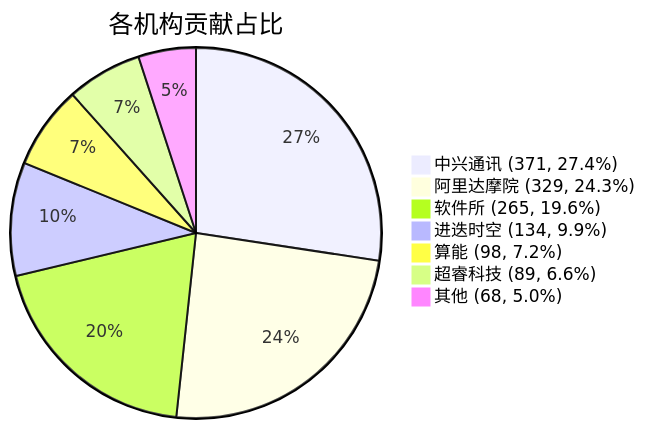
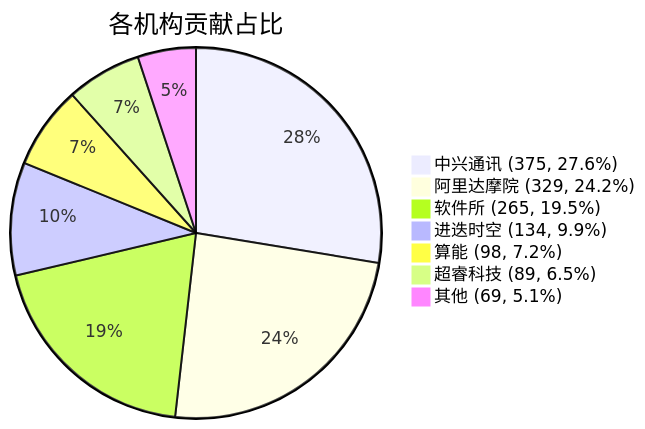
Before and after one commit to RVCK-Project/rvck: the diagram in docs/index.md, drawn with Mermaid. The commit also changed other lines of this file and 20 other files, not shown here.

````diff
--- a/docs/index.md
+++ b/docs/index.md
@@ -39,10 +39,10 @@
 ```mermaid
 pie title 各机构贡献占比
-    "中兴通讯 (371, 27.4%)" : 371
-    "阿里达摩院 (329, 24.3%)" : 329
-    "软件所 (265, 19.6%)" : 265
+    "中兴通讯 (375, 27.6%)" : 375
+    "阿里达摩院 (329, 24.2%)" : 329
+    "软件所 (265, 19.5%)" : 265
     "进迭时空 (134, 9.9%)" : 134
     "算能 (98, 7.2%)" : 98
-    "超睿科技 (89, 6.6%)" : 89
-    "其他 (68, 5.0%)" : 68
+    "超睿科技 (89, 6.5%)" : 89
+    "其他 (69, 5.1%)" : 69
 ```
````
